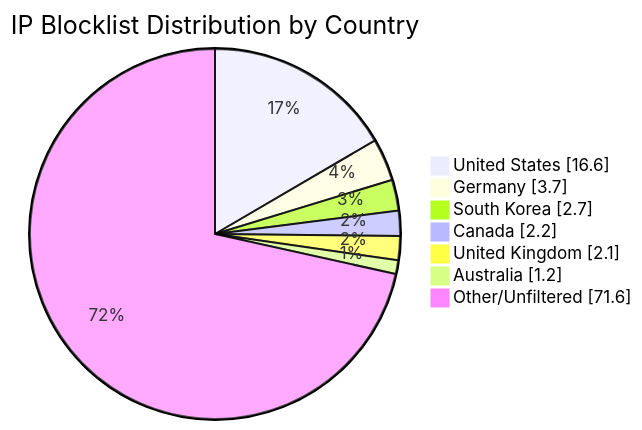
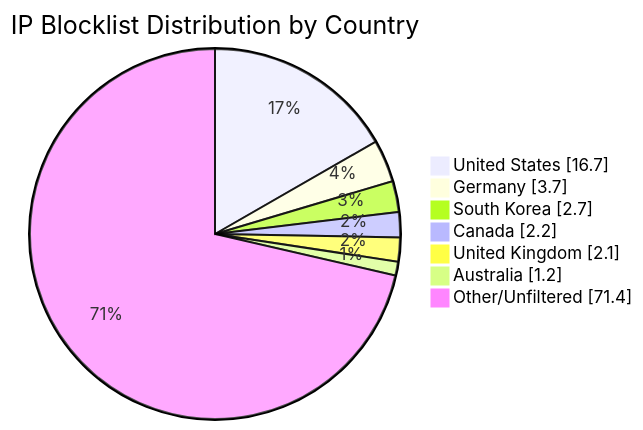
Before and after one commit to MarcusHoltz/ipblocklist-geofiltered-aggregator: the diagram in README.md, drawn with Mermaid. The commit also changed other lines of this file and 9 other files, not shown here.

````diff
--- a/README.md
+++ b/README.md
@@ -34,10 +34,10 @@
 ```mermaid
 pie showData title IP Blocklist Distribution by Country
-"United States" : 16.6
+"United States" : 16.7
 "Germany" : 3.7
 "South Korea" : 2.7
 "Canada" : 2.2
 "United Kingdom" : 2.1
 "Australia" : 1.2
-"Other/Unfiltered" : 71.6
+"Other/Unfiltered" : 71.4
 ```
````
